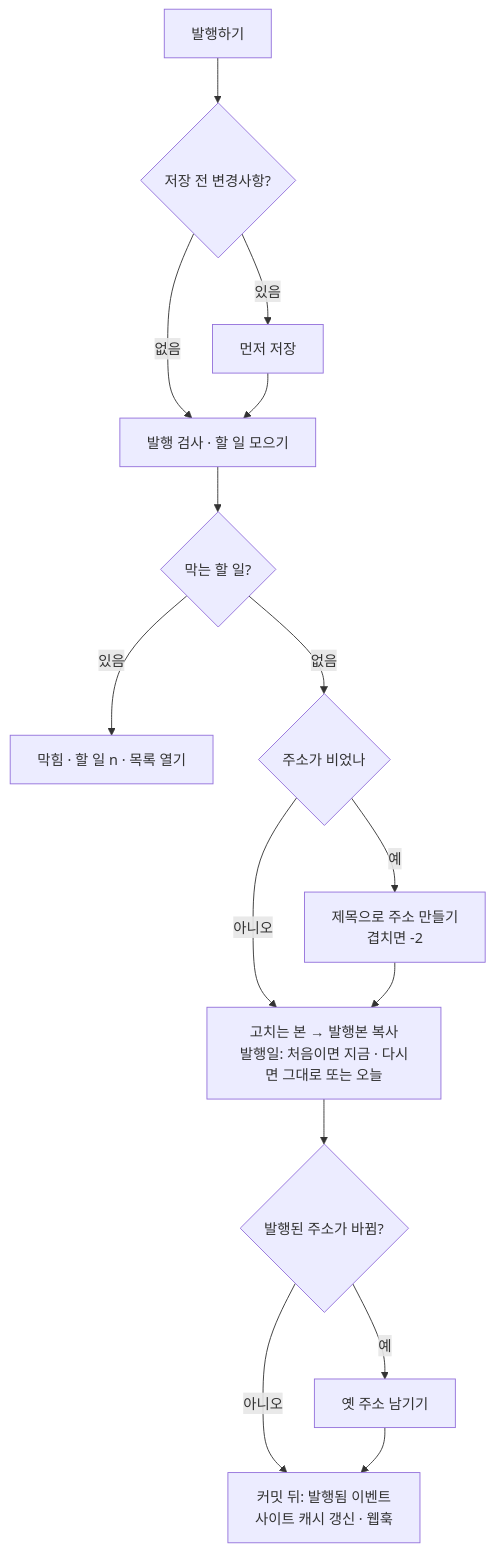
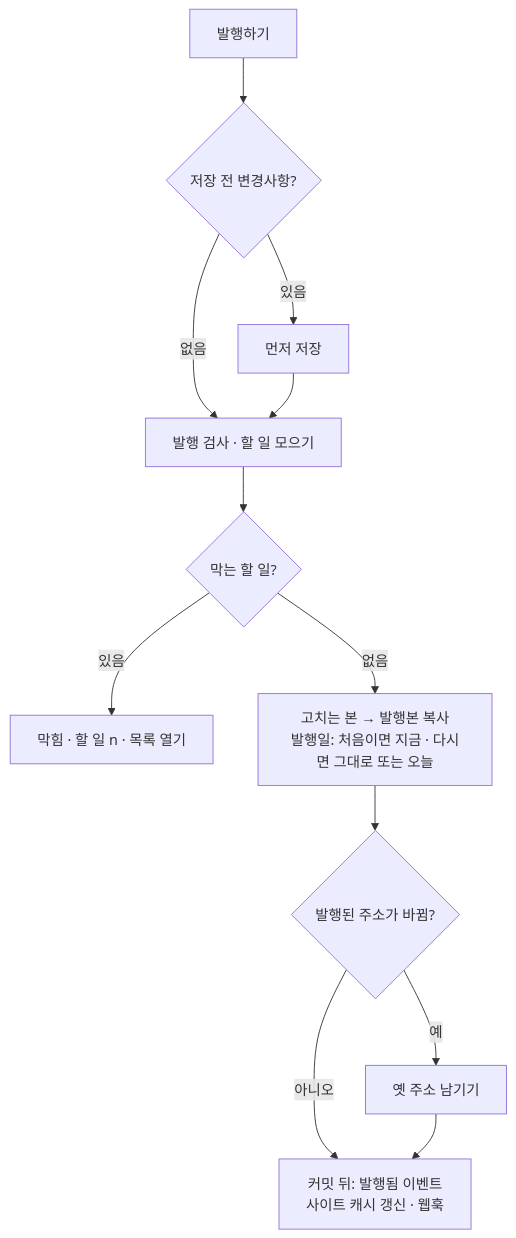
Before and after one commit to monti-cms/monti: the third of 4 diagrams in docs/design/features/02-entry-lifecycle.md, drawn with Mermaid. The commit also changed other lines of this file and 9 other files, not shown here.

````diff
--- a/docs/design/features/02-entry-lifecycle.md
+++ b/docs/design/features/02-entry-lifecycle.md
@@ -84,17 +84,14 @@
 ```mermaid
 flowchart TD
   P["발행하기"] --> SV{"저장 전 변경사항?"}
   SV -->|있음| SAVE["먼저 저장"]
   SV -->|없음| CK
   SAVE --> CK["발행 검사 · 할 일 모으기"]
   CK --> B{"막는 할 일?"}
   B -->|있음| T["막힘 · 할 일 n · 목록 열기"]
-  B -->|없음| SLUG{"주소가 비었나"}
-  SLUG -->|예| GEN["제목으로 주소 만들기<br/>겹치면 -2"]
-  SLUG -->|아니오| COPY
-  GEN --> COPY["고치는 본 → 발행본 복사<br/>발행일: 처음이면 지금 · 다시면 그대로 또는 오늘"]
+  B -->|없음| COPY["고치는 본 → 발행본 복사<br/>발행일: 처음이면 지금 · 다시면 그대로 또는 오늘"]
   COPY --> OLD{"발행된 주소가 바뀜?"}
   OLD -->|예| RD["옛 주소 남기기"]
   OLD -->|아니오| EV
   RD --> EV["커밋 뒤: 발행됨 이벤트<br/>사이트 캐시 갱신 · 웹훅"]
 ```
````
